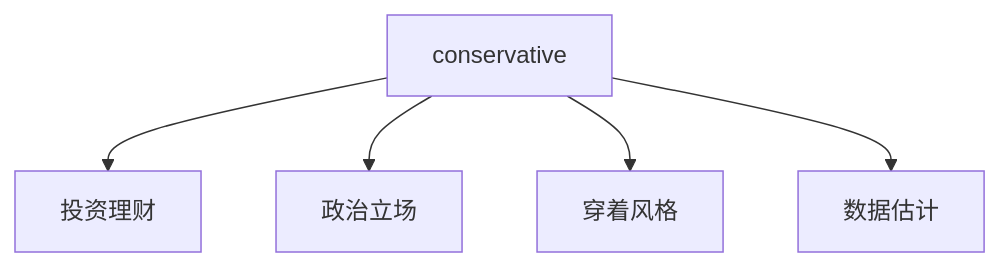
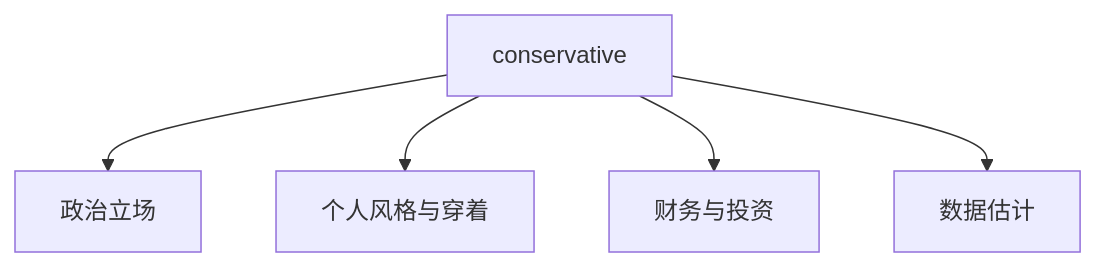
The third of 5 diagrams in slides_backup/托业单词/20260630/06.md (seki999/DialogueFlow), drawn with Mermaid before and after one commit. The commit also changed other lines of this file and 28 other files, not shown here.

````diff
--- a/slides_backup/托业单词/20260630/06.md
+++ b/slides_backup/托业单词/20260630/06.md
@@ -52,7 +55,7 @@
 ```mermaid
 flowchart TD
-    A[conservative] --> B[投资理财]
-    A --> C[政治立场]
-    A --> D[穿着风格]
+    A[conservative] --> B[政治立场]
+    A --> C[个人风格与穿着]
+    A --> D[财务与投资]
     A --> E[数据估计]
 ```
````
